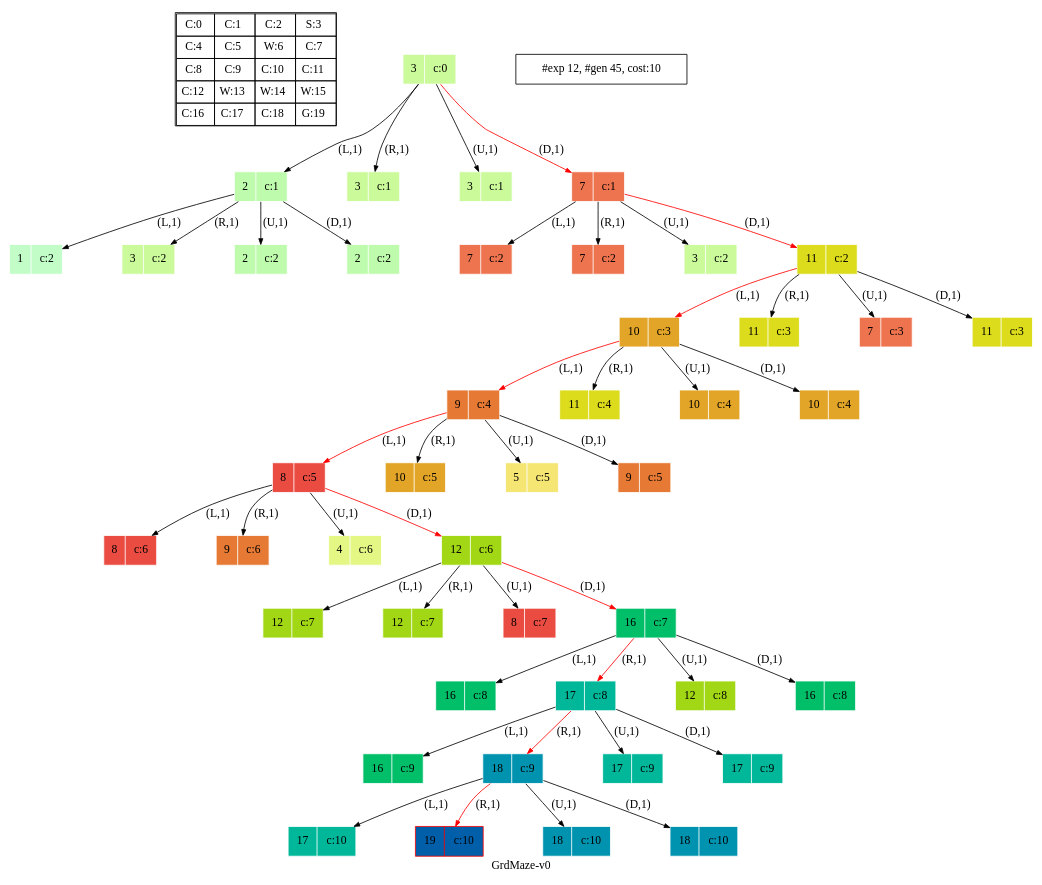
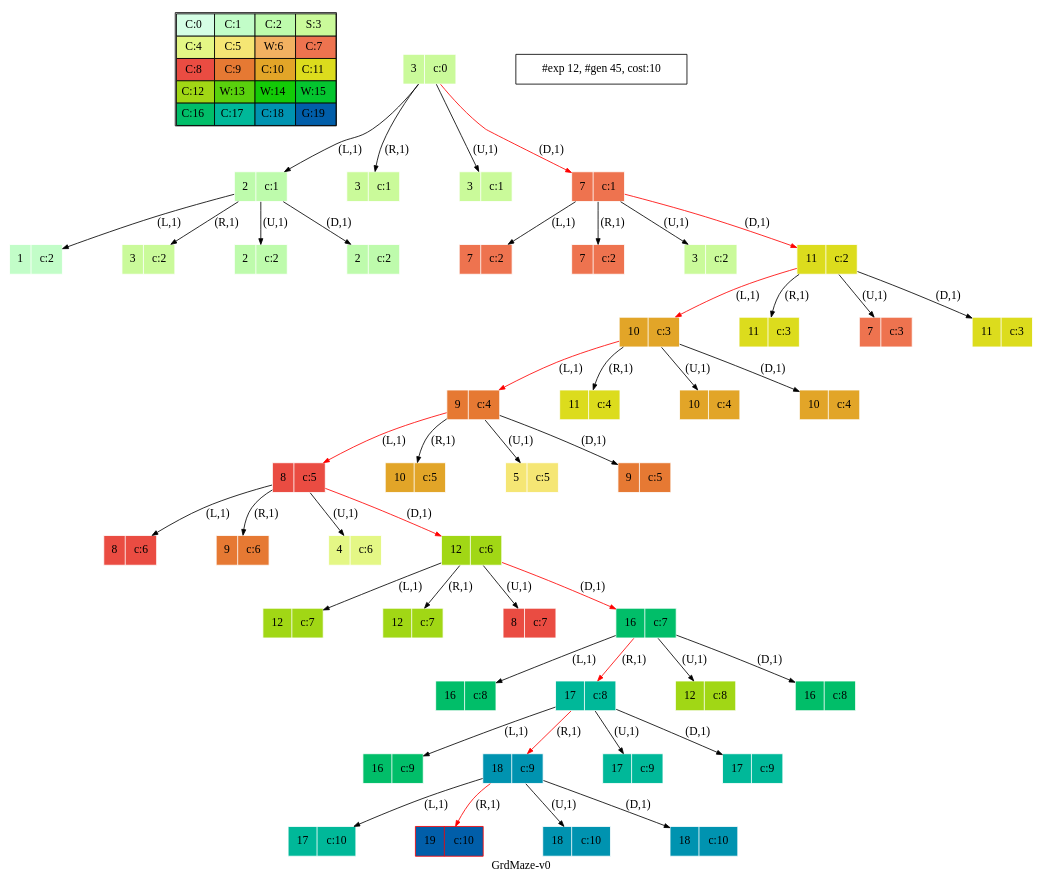
Before and after one commit to blasco991/AI: the diagram in viz/public/artifacts/gs/dot/GrdMaze-v0_greedy.dot, drawn with Graphviz. The commit also changed 47 other files, not shown here.

```diff
--- a/viz/public/artifacts/gs/dot/GrdMaze-v0_greedy.dot
+++ b/viz/public/artifacts/gs/dot/GrdMaze-v0_greedy.dot
@@ -1,50 +1,50 @@
 digraph GrdMaze { label="GrdMaze-v0"
-subgraph MAP {label=Map;map [shape=plaintext label=<<table border="1" cellpadding="5" cellspacing="0" cellborder="1"><tr><td>C:0</td><td>C:1</td><td>C:2</td><td>S:3</td></tr><tr><td>C:4</td><td>C:5</td><td>W:6</td><td>C:7</td></tr><tr><td>C:8</td><td>C:9</td><td>C:10</td><td>C:11</td></tr><tr><td>C:12</td><td>W:13</td><td>W:14</td><td>W:15</td></tr><tr><td>C:16</td><td>C:17</td><td>C:18</td><td>G:19</td></tr></table>>]} 
+subgraph MAP {label=Map;map [shape=plaintext label=<<table border="1" cellpadding="5" cellspacing="0" cellborder="1"><tr><td bgcolor="0.39803922 0.15947579 0.99679532 1.        ">C:0</td><td bgcolor="0.35098039 0.23194764 0.99315867 1.        ">C:1</td><td bgcolor="0.29607843 0.31486959 0.98720184 1.        ">C:2</td><td bgcolor="0.24901961 0.38410575 0.98063477 1.        ">S:3</td></tr><tr><td bgcolor="0.19411765 0.46220388 0.97128103 1.        ">C:4</td><td bgcolor="0.14705882 0.52643216 0.96182564 1.        ">C:5</td><td bgcolor="0.09215686 0.59770746 0.94913494 1.        ">W:6</td><td bgcolor="0.0372549  0.66454018 0.93467977 1.        ">C:7</td></tr><tr><td bgcolor="0.00980392 0.71791192 0.92090552 1.        ">C:8</td><td bgcolor="0.06470588 0.77520398 0.9032472  1.        ">C:9</td><td bgcolor="0.11176471 0.81974048 0.88677369 1.        ">C:10</td><td bgcolor="0.16666667 0.8660254  0.8660254  1.        ">C:11</td></tr><tr><td bgcolor="0.21372549 0.9005867  0.84695821 1.        ">C:12</td><td bgcolor="0.26862745 0.93467977 0.82325295 1.        ">W:13</td><td bgcolor="0.32352941 0.96182564 0.79801723 1.        ">W:14</td><td bgcolor="0.37058824 0.97940977 0.77520398 1.        ">W:15</td></tr><tr><td bgcolor="0.4254902  0.99315867 0.74725253 1.        ">C:16</td><td bgcolor="0.47254902 0.99907048 0.72218645 1.        ">C:17</td><td bgcolor="0.52745098 0.99907048 0.69169844 1.        ">C:18</td><td bgcolor="0.5745098  0.99315867 0.66454018 1.        ">G:19</td></tr></table>>]} 
 nodesep=1 ranksep=0.5 node [shape=record] edge [arrowsize=0.7] 
 "0_3" [label="<f0>3 |<f1> c:0" style=filled color=white fillcolor="0.24901961 0.38410575 0.98063477 1.        "]
 "0_3.2-0" [label="<f0>2 |<f1> c:1" style=filled color=white fillcolor="0.29607843 0.31486959 0.98720184 1.        "] "0_3" -> "0_3.2-0" [label="(L,1)" ]; 
 "0_3.3-1" [label="<f0>3 |<f1> c:1" style=filled color=white fillcolor="0.24901961 0.38410575 0.98063477 1.        "] "0_3" -> "0_3.3-1" [label="(R,1)" ]; 
 "0_3.3-2" [label="<f0>3 |<f1> c:1" style=filled color=white fillcolor="0.24901961 0.38410575 0.98063477 1.        "] "0_3" -> "0_3.3-2" [label="(U,1)" ]; 
 "0_3.7-3" [label="<f0>7 |<f1> c:1" style=filled color=white fillcolor="0.0372549  0.66454018 0.93467977 1.        "] "0_3" -> "0_3.7-3" [label="(D,1)" color=red ];  
 "0_3.7.7-0" [label="<f0>7 |<f1> c:2" style=filled color=white fillcolor="0.0372549  0.66454018 0.93467977 1.        "] "0_3.7-3" -> "0_3.7.7-0" [label="(L,1)" ]; 
 "0_3.7.7-1" [label="<f0>7 |<f1> c:2" style=filled color=white fillcolor="0.0372549  0.66454018 0.93467977 1.        "] "0_3.7-3" -> "0_3.7.7-1" [label="(R,1)" ]; 
 "0_3.7.3-2" [label="<f0>3 |<f1> c:2" style=filled color=white fillcolor="0.24901961 0.38410575 0.98063477 1.        "] "0_3.7-3" -> "0_3.7.3-2" [label="(U,1)" ]; 
 "0_3.7.11-3" [label="<f0>11 |<f1> c:2" style=filled color=white fillcolor="0.16666667 0.8660254  0.8660254  1.        "] "0_3.7-3" -> "0_3.7.11-3" [label="(D,1)" color=red ];  
 "0_3.7.11.10-0" [label="<f0>10 |<f1> c:3" style=filled color=white fillcolor="0.11176471 0.81974048 0.88677369 1.        "] "0_3.7.11-3" -> "0_3.7.11.10-0" [label="(L,1)" color=red ];  
 "0_3.7.11.11-1" [label="<f0>11 |<f1> c:3" style=filled color=white fillcolor="0.16666667 0.8660254  0.8660254  1.        "] "0_3.7.11-3" -> "0_3.7.11.11-1" [label="(R,1)" ]; 
 "0_3.7.11.7-2" [label="<f0>7 |<f1> c:3" style=filled color=white fillcolor="0.0372549  0.66454018 0.93467977 1.        "] "0_3.7.11-3" -> "0_3.7.11.7-2" [label="(U,1)" ]; 
 "0_3.7.11.11-3" [label="<f0>11 |<f1> c:3" style=filled color=white fillcolor="0.16666667 0.8660254  0.8660254  1.        "] "0_3.7.11-3" -> "0_3.7.11.11-3" [label="(D,1)" ]; 
 "0_3.7.11.10.9-0" [label="<f0>9 |<f1> c:4" style=filled color=white fillcolor="0.06470588 0.77520398 0.9032472  1.        "] "0_3.7.11.10-0" -> "0_3.7.11.10.9-0" [label="(L,1)" color=red ];  
 "0_3.7.11.10.11-1" [label="<f0>11 |<f1> c:4" style=filled color=white fillcolor="0.16666667 0.8660254  0.8660254  1.        "] "0_3.7.11.10-0" -> "0_3.7.11.10.11-1" [label="(R,1)" ]; 
 "0_3.7.11.10.10-2" [label="<f0>10 |<f1> c:4" style=filled color=white fillcolor="0.11176471 0.81974048 0.88677369 1.        "] "0_3.7.11.10-0" -> "0_3.7.11.10.10-2" [label="(U,1)" ]; 
 "0_3.7.11.10.10-3" [label="<f0>10 |<f1> c:4" style=filled color=white fillcolor="0.11176471 0.81974048 0.88677369 1.        "] "0_3.7.11.10-0" -> "0_3.7.11.10.10-3" [label="(D,1)" ]; 
 "0_3.7.11.10.9.8-0" [label="<f0>8 |<f1> c:5" style=filled color=white fillcolor="0.00980392 0.71791192 0.92090552 1.        "] "0_3.7.11.10.9-0" -> "0_3.7.11.10.9.8-0" [label="(L,1)" color=red ];  
 "0_3.7.11.10.9.10-1" [label="<f0>10 |<f1> c:5" style=filled color=white fillcolor="0.11176471 0.81974048 0.88677369 1.        "] "0_3.7.11.10.9-0" -> "0_3.7.11.10.9.10-1" [label="(R,1)" ]; 
 "0_3.7.11.10.9.5-2" [label="<f0>5 |<f1> c:5" style=filled color=white fillcolor="0.14705882 0.52643216 0.96182564 1.        "] "0_3.7.11.10.9-0" -> "0_3.7.11.10.9.5-2" [label="(U,1)" ]; 
 "0_3.7.11.10.9.9-3" [label="<f0>9 |<f1> c:5" style=filled color=white fillcolor="0.06470588 0.77520398 0.9032472  1.        "] "0_3.7.11.10.9-0" -> "0_3.7.11.10.9.9-3" [label="(D,1)" ]; 
 "0_3.2.1-0" [label="<f0>1 |<f1> c:2" style=filled color=white fillcolor="0.35098039 0.23194764 0.99315867 1.        "] "0_3.2-0" -> "0_3.2.1-0" [label="(L,1)" ]; 
 "0_3.2.3-1" [label="<f0>3 |<f1> c:2" style=filled color=white fillcolor="0.24901961 0.38410575 0.98063477 1.        "] "0_3.2-0" -> "0_3.2.3-1" [label="(R,1)" ]; 
 "0_3.2.2-2" [label="<f0>2 |<f1> c:2" style=filled color=white fillcolor="0.29607843 0.31486959 0.98720184 1.        "] "0_3.2-0" -> "0_3.2.2-2" [label="(U,1)" ]; 
 "0_3.2.2-3" [label="<f0>2 |<f1> c:2" style=filled color=white fillcolor="0.29607843 0.31486959 0.98720184 1.        "] "0_3.2-0" -> "0_3.2.2-3" [label="(D,1)" ]; 
 "0_3.7.11.10.9.8.8-0" [label="<f0>8 |<f1> c:6" style=filled color=white fillcolor="0.00980392 0.71791192 0.92090552 1.        "] "0_3.7.11.10.9.8-0" -> "0_3.7.11.10.9.8.8-0" [label="(L,1)" ]; 
 "0_3.7.11.10.9.8.9-1" [label="<f0>9 |<f1> c:6" style=filled color=white fillcolor="0.06470588 0.77520398 0.9032472  1.        "] "0_3.7.11.10.9.8-0" -> "0_3.7.11.10.9.8.9-1" [label="(R,1)" ]; 
 "0_3.7.11.10.9.8.4-2" [label="<f0>4 |<f1> c:6" style=filled color=white fillcolor="0.19411765 0.46220388 0.97128103 1.        "] "0_3.7.11.10.9.8-0" -> "0_3.7.11.10.9.8.4-2" [label="(U,1)" ]; 
 "0_3.7.11.10.9.8.12-3" [label="<f0>12 |<f1> c:6" style=filled color=white fillcolor="0.21372549 0.9005867  0.84695821 1.        "] "0_3.7.11.10.9.8-0" -> "0_3.7.11.10.9.8.12-3" [label="(D,1)" color=red ];  
 "0_3.7.11.10.9.8.12.12-0" [label="<f0>12 |<f1> c:7" style=filled color=white fillcolor="0.21372549 0.9005867  0.84695821 1.        "] "0_3.7.11.10.9.8.12-3" -> "0_3.7.11.10.9.8.12.12-0" [label="(L,1)" ]; 
 "0_3.7.11.10.9.8.12.12-1" [label="<f0>12 |<f1> c:7" style=filled color=white fillcolor="0.21372549 0.9005867  0.84695821 1.        "] "0_3.7.11.10.9.8.12-3" -> "0_3.7.11.10.9.8.12.12-1" [label="(R,1)" ]; 
 "0_3.7.11.10.9.8.12.8-2" [label="<f0>8 |<f1> c:7" style=filled color=white fillcolor="0.00980392 0.71791192 0.92090552 1.        "] "0_3.7.11.10.9.8.12-3" -> "0_3.7.11.10.9.8.12.8-2" [label="(U,1)" ]; 
 "0_3.7.11.10.9.8.12.16-3" [label="<f0>16 |<f1> c:7" style=filled color=white fillcolor="0.4254902  0.99315867 0.74725253 1.        "] "0_3.7.11.10.9.8.12-3" -> "0_3.7.11.10.9.8.12.16-3" [label="(D,1)" color=red ];  
 "0_3.7.11.10.9.8.12.16.16-0" [label="<f0>16 |<f1> c:8" style=filled color=white fillcolor="0.4254902  0.99315867 0.74725253 1.        "] "0_3.7.11.10.9.8.12.16-3" -> "0_3.7.11.10.9.8.12.16.16-0" [label="(L,1)" ]; 
 "0_3.7.11.10.9.8.12.16.17-1" [label="<f0>17 |<f1> c:8" style=filled color=white fillcolor="0.47254902 0.99907048 0.72218645 1.        "] "0_3.7.11.10.9.8.12.16-3" -> "0_3.7.11.10.9.8.12.16.17-1" [label="(R,1)" color=red ];  
 "0_3.7.11.10.9.8.12.16.12-2" [label="<f0>12 |<f1> c:8" style=filled color=white fillcolor="0.21372549 0.9005867  0.84695821 1.        "] "0_3.7.11.10.9.8.12.16-3" -> "0_3.7.11.10.9.8.12.16.12-2" [label="(U,1)" ]; 
 "0_3.7.11.10.9.8.12.16.16-3" [label="<f0>16 |<f1> c:8" style=filled color=white fillcolor="0.4254902  0.99315867 0.74725253 1.        "] "0_3.7.11.10.9.8.12.16-3" -> "0_3.7.11.10.9.8.12.16.16-3" [label="(D,1)" ]; 
 "0_3.7.11.10.9.8.12.16.17.16-0" [label="<f0>16 |<f1> c:9" style=filled color=white fillcolor="0.4254902  0.99315867 0.74725253 1.        "] "0_3.7.11.10.9.8.12.16.17-1" -> "0_3.7.11.10.9.8.12.16.17.16-0" [label="(L,1)" ]; 
 "0_3.7.11.10.9.8.12.16.17.18-1" [label="<f0>18 |<f1> c:9" style=filled color=white fillcolor="0.52745098 0.99907048 0.69169844 1.        "] "0_3.7.11.10.9.8.12.16.17-1" -> "0_3.7.11.10.9.8.12.16.17.18-1" [label="(R,1)" color=red ];  
 "0_3.7.11.10.9.8.12.16.17.17-2" [label="<f0>17 |<f1> c:9" style=filled color=white fillcolor="0.47254902 0.99907048 0.72218645 1.        "] "0_3.7.11.10.9.8.12.16.17-1" -> "0_3.7.11.10.9.8.12.16.17.17-2" [label="(U,1)" ]; 
 "0_3.7.11.10.9.8.12.16.17.17-3" [label="<f0>17 |<f1> c:9" style=filled color=white fillcolor="0.47254902 0.99907048 0.72218645 1.        "] "0_3.7.11.10.9.8.12.16.17-1" -> "0_3.7.11.10.9.8.12.16.17.17-3" [label="(D,1)" ]; 
 "0_3.7.11.10.9.8.12.16.17.18.17-0" [label="<f0>17 |<f1> c:10" style=filled color=white fillcolor="0.47254902 0.99907048 0.72218645 1.        "] "0_3.7.11.10.9.8.12.16.17.18-1" -> "0_3.7.11.10.9.8.12.16.17.18.17-0" [label="(L,1)" ]; 
 "0_3.7.11.10.9.8.12.16.17.18.19-1" [label="<f0>19 |<f1> c:10" style=filled color=red fillcolor="0.5745098  0.99315867 0.66454018 1.        "] "0_3.7.11.10.9.8.12.16.17.18-1" -> "0_3.7.11.10.9.8.12.16.17.18.19-1" [label="(R,1)" color=red ];  
 "0_3.7.11.10.9.8.12.16.17.18.18-2" [label="<f0>18 |<f1> c:10" style=filled color=white fillcolor="0.52745098 0.99907048 0.69169844 1.        "] "0_3.7.11.10.9.8.12.16.17.18-1" -> "0_3.7.11.10.9.8.12.16.17.18.18-2" [label="(U,1)" ]; 
 "0_3.7.11.10.9.8.12.16.17.18.18-3" [label="<f0>18 |<f1> c:10" style=filled color=white fillcolor="0.52745098 0.99907048 0.69169844 1.        "] "0_3.7.11.10.9.8.12.16.17.18-1" -> "0_3.7.11.10.9.8.12.16.17.18.18-3" [label="(D,1)" ]; 
  "#exp 12, #gen 45, cost:10" [ shape=box ];
 }
```
